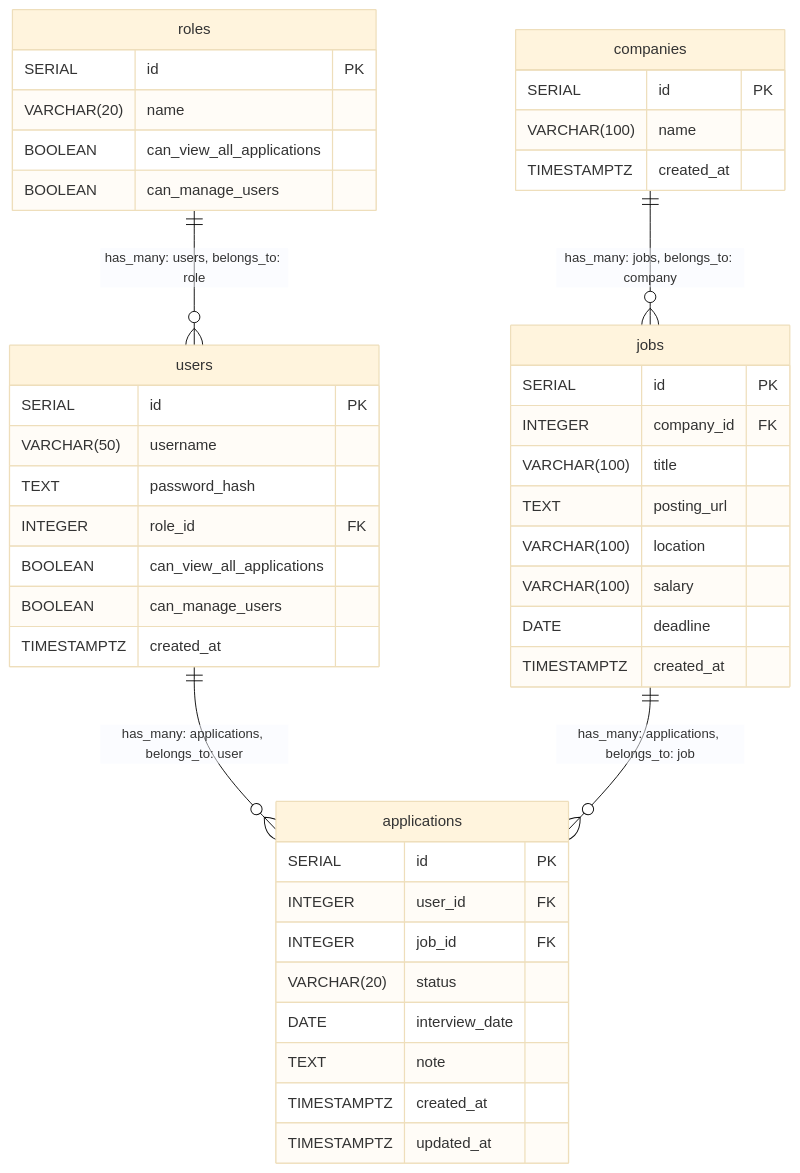
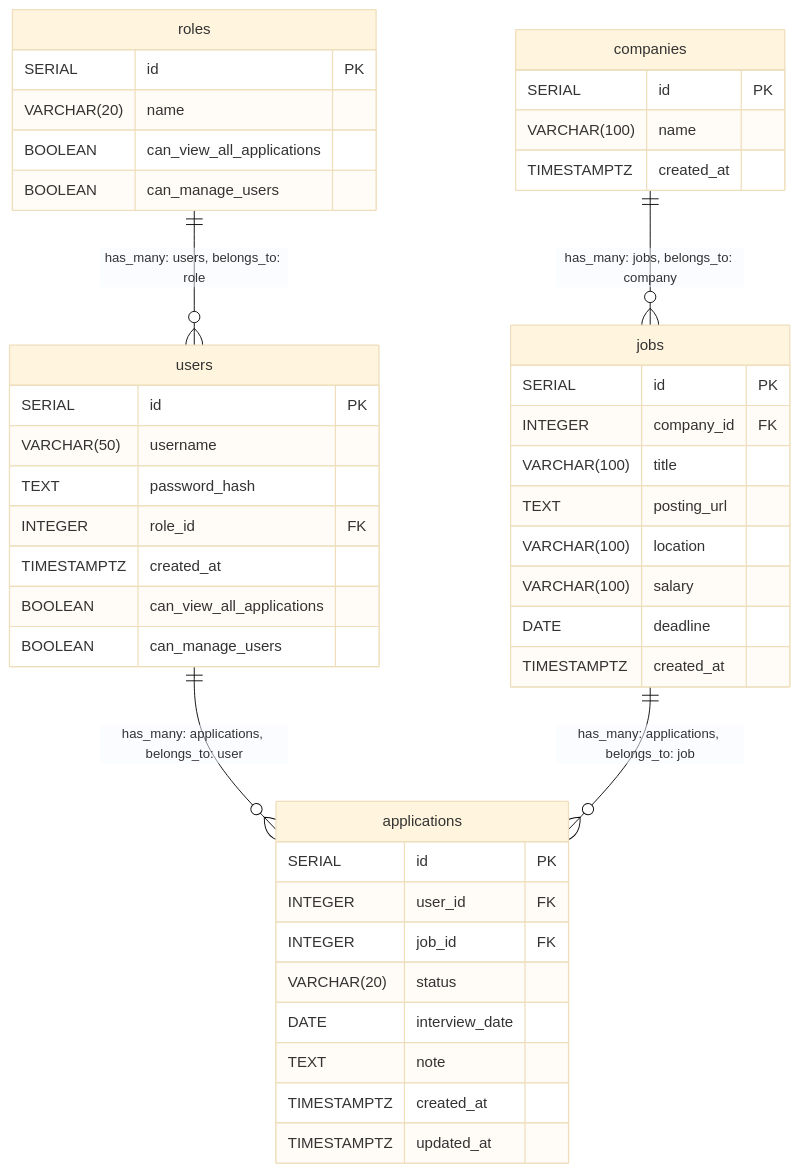
Before and after one commit to RW918/ERB_Group_Project: the diagram in draft/erd.generated.mmd, drawn with Mermaid (base theme). The commit also changed other lines of this file and 3 other files, not shown here.

First line of the commit message:
docs(erd): name constraints explicitly to match the migrations

```diff
--- a/draft/erd.generated.mmd
+++ b/draft/erd.generated.mmd
@@ -1,60 +1,60 @@
 erDiagram
     %% table name: roles
     %% table comment: 
     roles {
         SERIAL id PK ""
         VARCHAR(20) name  ""
         BOOLEAN can_view_all_applications  ""
         BOOLEAN can_manage_users  ""
     }
 
     %% table name: users
     %% table comment: 
     users {
         SERIAL id PK ""
         VARCHAR(50) username  ""
         TEXT password_hash  ""
         INTEGER role_id FK ""
+        TIMESTAMPTZ created_at  ""
         BOOLEAN can_view_all_applications  ""
         BOOLEAN can_manage_users  ""
-        TIMESTAMPTZ created_at  ""
     }
 
     %% table name: companies
     %% table comment: 
     companies {
         SERIAL id PK ""
         VARCHAR(100) name  ""
         TIMESTAMPTZ created_at  ""
     }
 
     %% table name: jobs
     %% table comment: 
     jobs {
         SERIAL id PK ""
         INTEGER company_id FK ""
         VARCHAR(100) title  ""
         TEXT posting_url  ""
         VARCHAR(100) location  ""
         VARCHAR(100) salary  ""
         DATE deadline  ""
         TIMESTAMPTZ created_at  ""
     }
 
     %% table name: applications
     %% table comment: 
     applications {
         SERIAL id PK ""
         INTEGER user_id FK ""
         INTEGER job_id FK ""
         VARCHAR(20) status  ""
         DATE interview_date  ""
         TEXT note  ""
         TIMESTAMPTZ created_at  ""
         TIMESTAMPTZ updated_at  ""
     }
 
     roles ||--o{ users : "has_many: users, belongs_to: role"
     companies ||--o{ jobs : "has_many: jobs, belongs_to: company"
     users ||--o{ applications : "has_many: applications, belongs_to: user"
     jobs ||--o{ applications : "has_many: applications, belongs_to: job"
```
